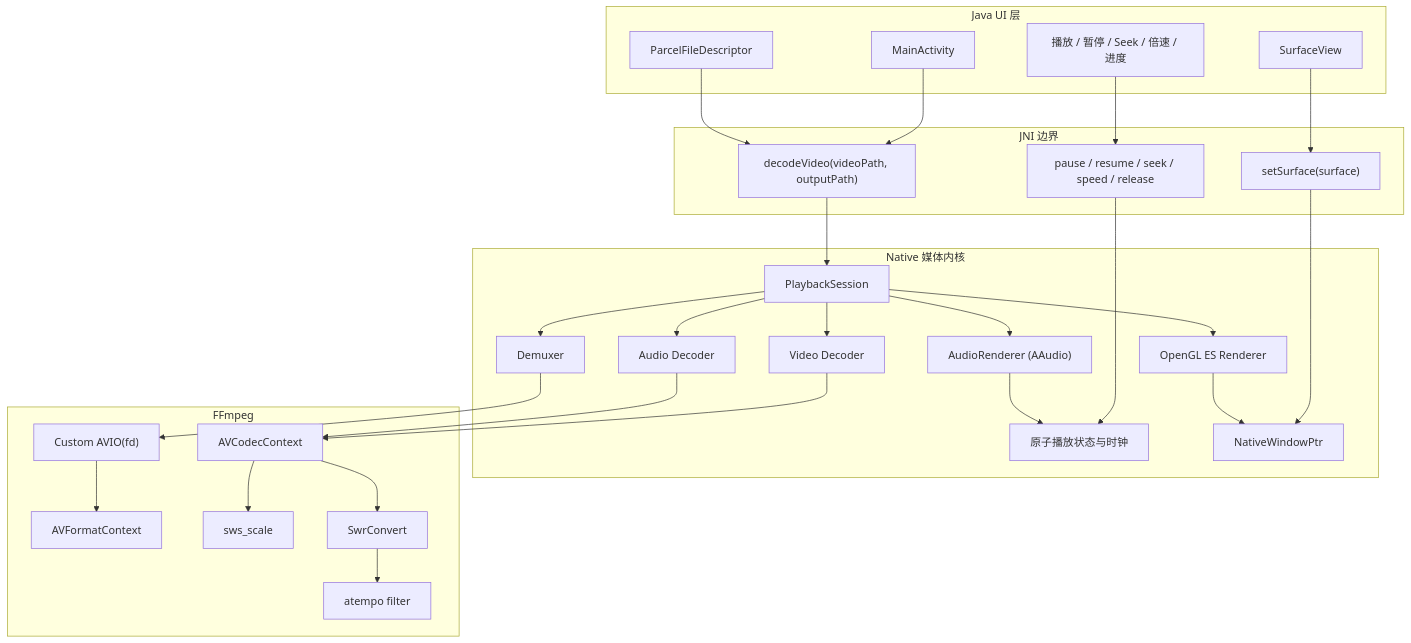
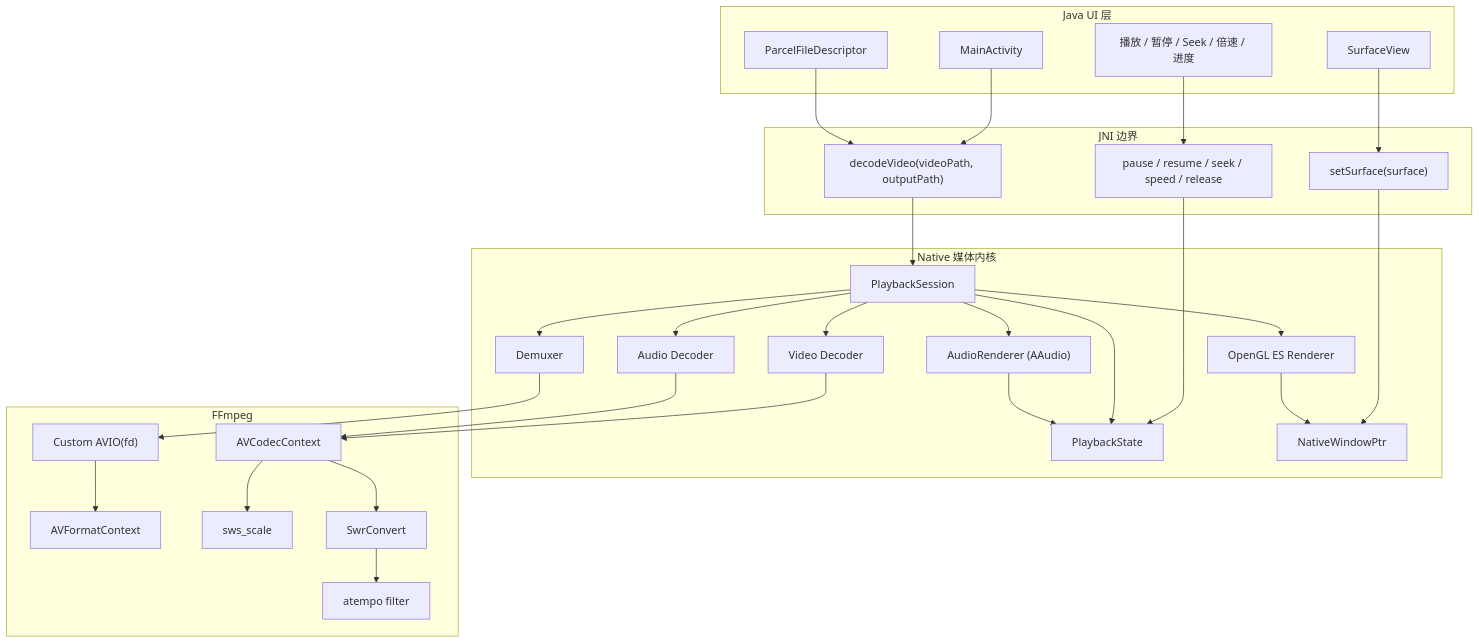
Before and after one commit to Skyline7190/VideoDecoder: the first of 5 diagrams in README.md, drawn with Mermaid. The commit also changed other lines of this file and 10 other files, not shown here.

````diff
--- a/README.md
+++ b/README.md
@@ -20,56 +20,57 @@
 ```mermaid
 flowchart TB
     subgraph Java["Java UI 层"]
         Activity["MainActivity"]
         SurfaceView["SurfaceView"]
         Controls["播放 / 暂停 / Seek / 倍速 / 进度"]
         PFD["ParcelFileDescriptor"]
     end
 
     subgraph JNI["JNI 边界"]
         DecodeApi["decodeVideo(videoPath, outputPath)"]
         SurfaceApi["setSurface(surface)"]
         ControlApi["pause / resume / seek / speed / release"]
     end
 
     subgraph Native["Native 媒体内核"]
         Session["PlaybackSession"]
-        Clocks["原子播放状态与时钟"]
+        State["PlaybackState"]
         Window["NativeWindowPtr"]
         Demuxer["Demuxer"]
         VideoDecoder["Video Decoder"]
         AudioDecoder["Audio Decoder"]
         Renderer["OpenGL ES Renderer"]
         AudioRenderer["AudioRenderer (AAudio)"]
     end
 
     subgraph FFmpeg["FFmpeg"]
         Avio["Custom AVIO(fd)"]
         Format["AVFormatContext"]
         Codec["AVCodecContext"]
         Sws["sws_scale"]
         Swr["SwrConvert"]
         Atempo["atempo filter"]
     end
 
     Activity --> DecodeApi
     SurfaceView --> SurfaceApi
     Controls --> ControlApi
     PFD --> DecodeApi
 
     DecodeApi --> Session
     SurfaceApi --> Window
-    ControlApi --> Clocks
+    ControlApi --> State
 
+    Session --> State
     Session --> Demuxer
     Session --> VideoDecoder
     Session --> AudioDecoder
     Session --> Renderer
     Session --> AudioRenderer
 
     Demuxer --> Avio --> Format
     VideoDecoder --> Codec --> Sws
     AudioDecoder --> Codec --> Swr --> Atempo
     Renderer --> Window
-    AudioRenderer --> Clocks
+    AudioRenderer --> State
 ```
````
